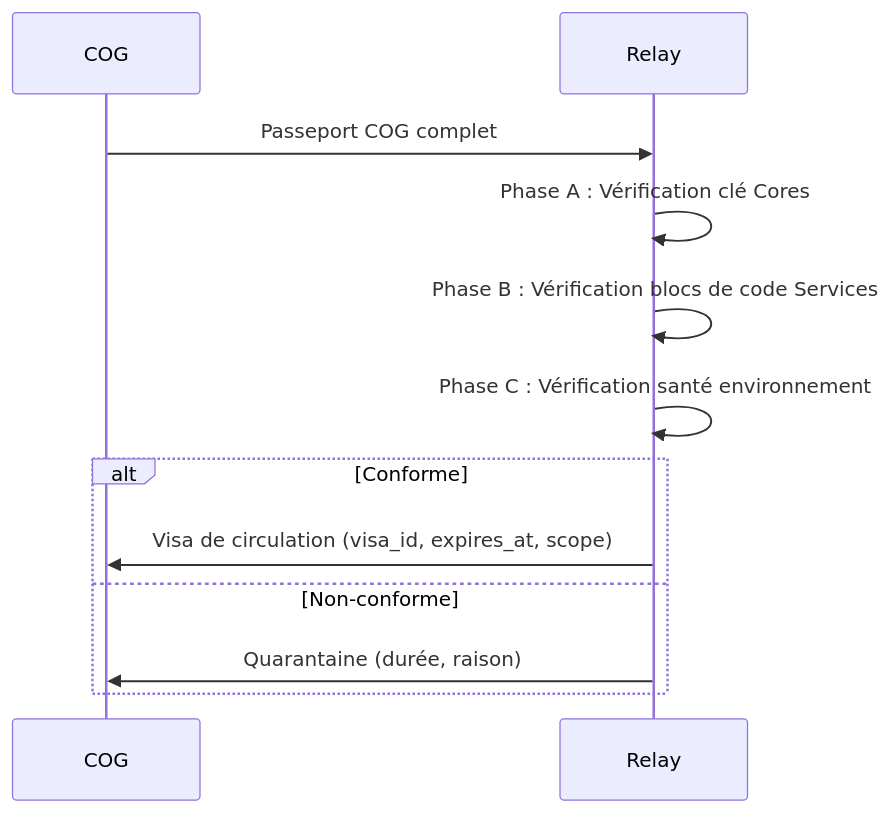
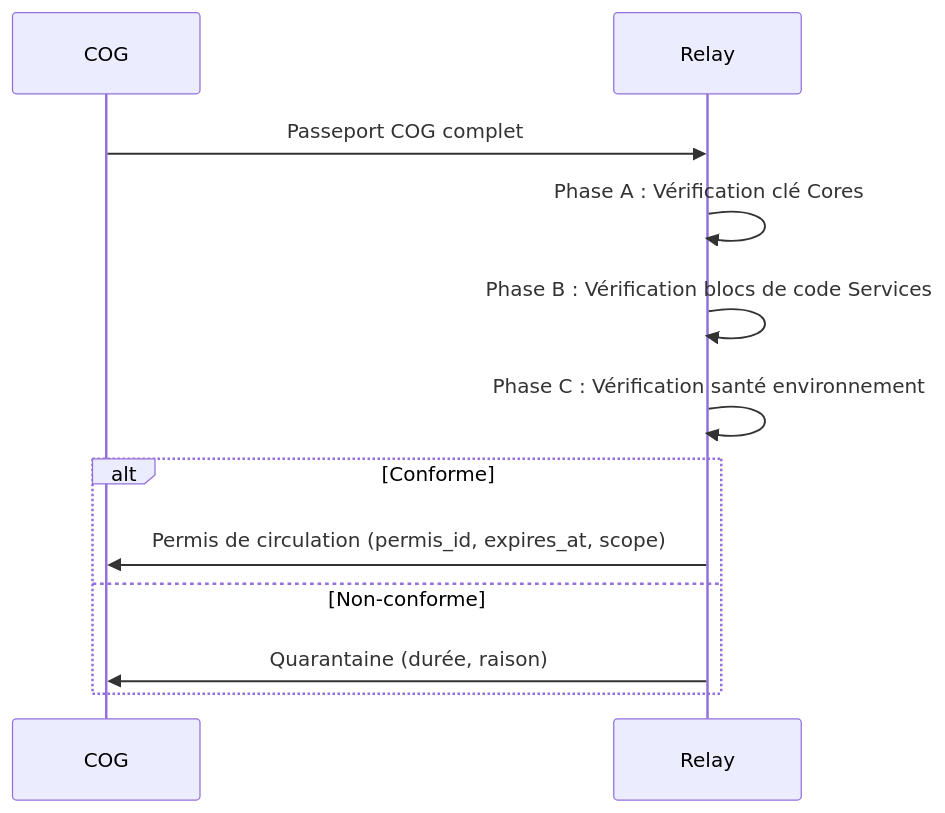
The second of 5 diagrams in docs/miyukini-webway-system/verification/MWS - Passeport et Visa.md (StudioMiyukini/miyukini_cog), drawn with Mermaid before and after one commit. The commit also changed other lines of this file and 17 other files, not shown here.

````diff
--- a/docs/miyukini-webway-system/verification/MWS - Passeport et Visa.md
+++ b/docs/miyukini-webway-system/verification/MWS - Passeport et Visa.md
@@ -189,15 +195,15 @@
 ```mermaid
 sequenceDiagram
     participant COG as COG
     participant R as Relay
 
     COG->>R: Passeport COG complet
     R->>R: Phase A : Vérification clé Cores
     R->>R: Phase B : Vérification blocs de code Services
     R->>R: Phase C : Vérification santé environnement
     alt Conforme
-        R->>COG: Visa de circulation (visa_id, expires_at, scope)
+        R->>COG: Permis de circulation (permis_id, expires_at, scope)
     else Non-conforme
         R->>COG: Quarantaine (durée, raison)
     end
 ```
````
